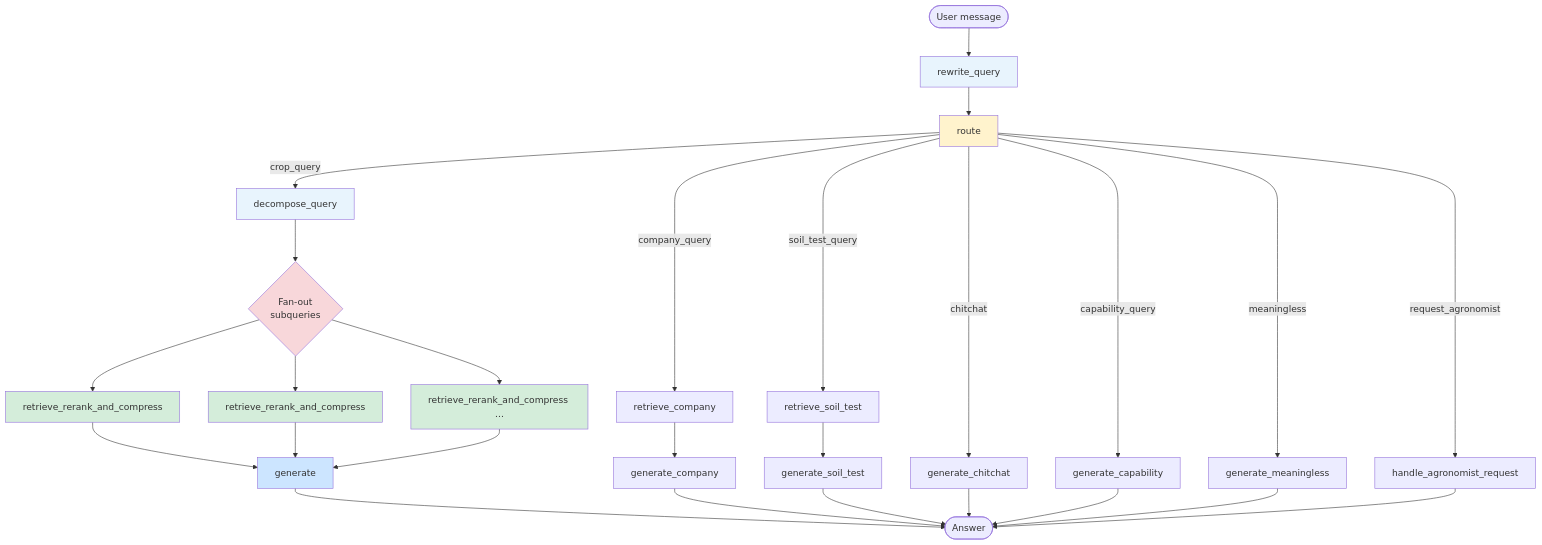
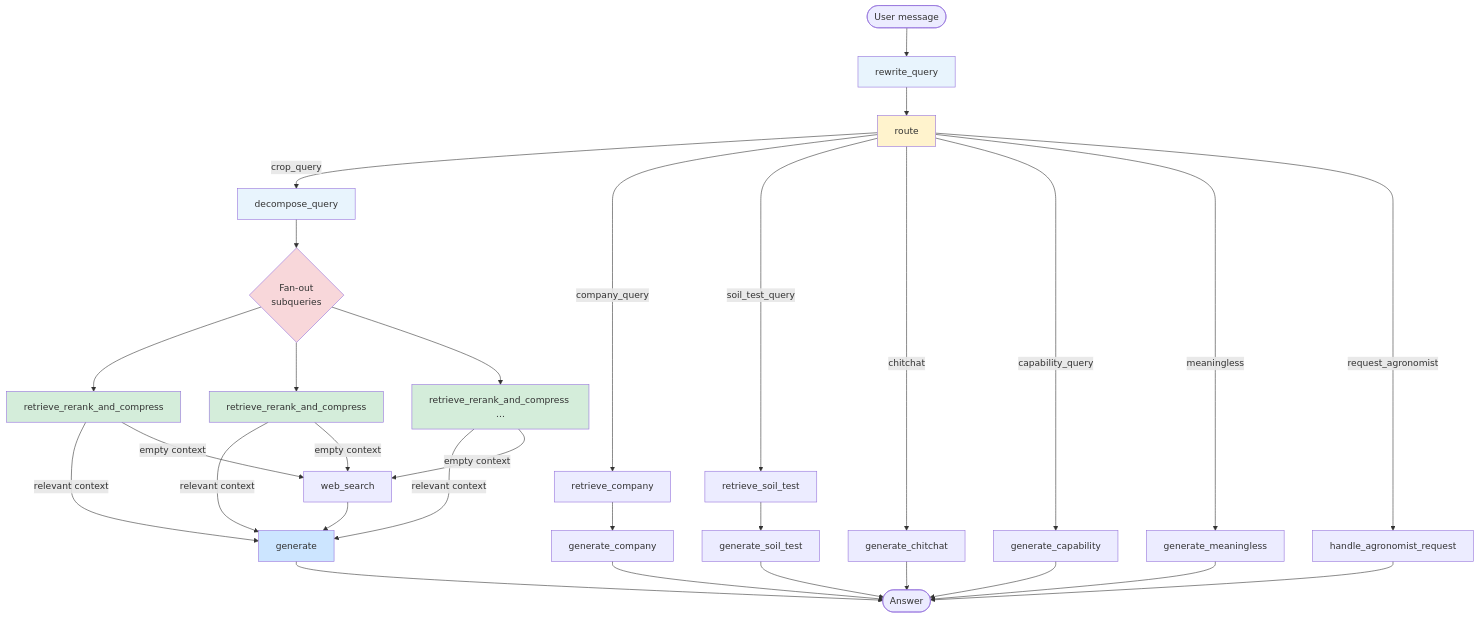
Before and after one commit to AshfaqHoque/crop-rag-updated: the first of 2 diagrams in README.md, drawn with Mermaid. The commit also changed other lines of this file and 5 other files, not shown here.

Commit message:
web search node implemented and uses 8086 port (another service to get the data from web)

````diff
--- a/README.md
+++ b/README.md
@@ -61,42 +61,46 @@
 ```mermaid
 flowchart TD
     START([User message]) --> RW[rewrite_query]
     RW --> RT[route]
 
     RT -->|crop_query| DQ[decompose_query]
     RT -->|company_query| RC[retrieve_company]
     RT -->|soil_test_query| RS[retrieve_soil_test]
     RT -->|chitchat| GC[generate_chitchat]
     RT -->|capability_query| GCap[generate_capability]
     RT -->|meaningless| GM[generate_meaningless]
     RT -->|request_agronomist| HA[handle_agronomist_request]
 
     DQ --> FO{Fan-out<br/>subqueries}
     FO --> RRC1[retrieve_rerank_and_compress]
     FO --> RRC2[retrieve_rerank_and_compress]
     FO --> RRCn[retrieve_rerank_and_compress ...]
 
-    RRC1 --> GEN[generate]
-    RRC2 --> GEN
-    RRCn --> GEN
+    RRC1 -->|relevant context| GEN[generate]
+    RRC2 -->|relevant context| GEN
+    RRCn -->|relevant context| GEN
+    RRC1 -->|empty context| WS[web_search]
+    RRC2 -->|empty context| WS
+    RRCn -->|empty context| WS
+    WS --> GEN
 
     RC --> GCo[generate_company]
     RS --> GST[generate_soil_test]
 
     GEN --> END([Answer])
     GCo --> END
     GST --> END
     GC --> END
     GCap --> END
     GM --> END
     HA --> END
 
     style RW fill:#e8f4fd
     style RT fill:#fff3cd
     style DQ fill:#e8f4fd
     style FO fill:#f8d7da
     style RRC1 fill:#d4edda
     style RRC2 fill:#d4edda
     style RRCn fill:#d4edda
     style GEN fill:#cce5ff
 ```
````
